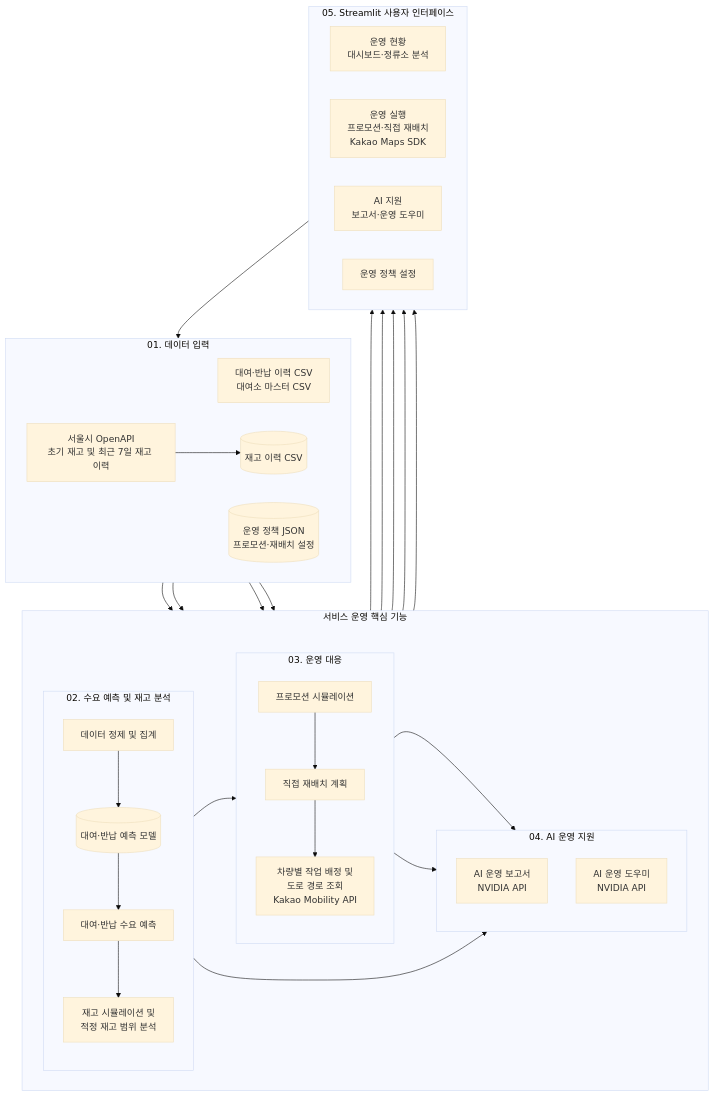
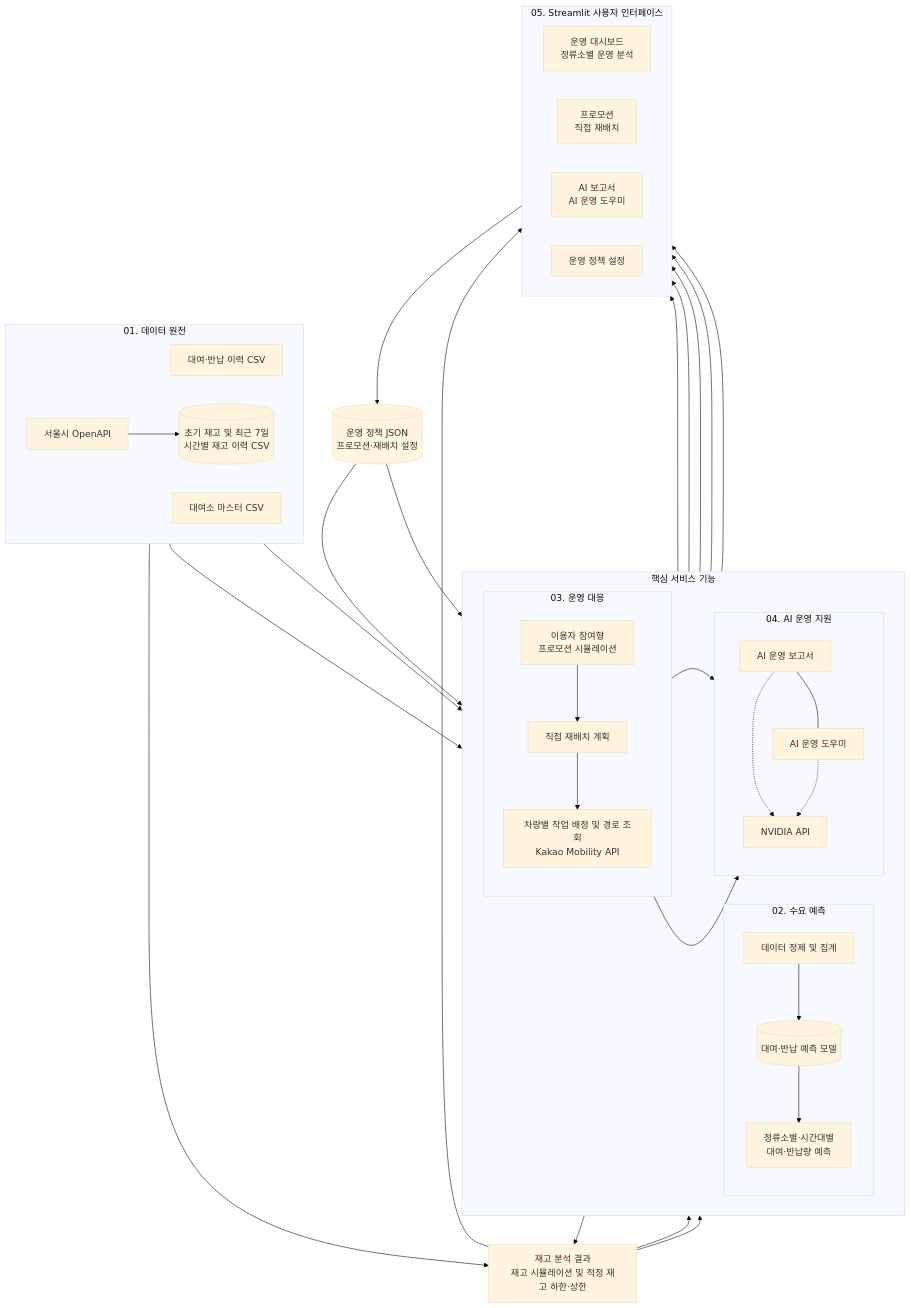
Before and after one commit to DDylan05/GoruFleet: the second of 2 diagrams in readme.md, drawn with Mermaid (base theme).

````diff
--- a/readme.md
+++ b/readme.md
@@ -192,71 +192,78 @@
 ```mermaid
 flowchart TB
 
-    subgraph DATA["01. 데이터 입력"]
+    subgraph DATA_ROW["01. 데이터 원천"]
         direction LR
-        D1["대여·반납 이력 CSV<br/>대여소 마스터 CSV"]
-        D2["서울시 OpenAPI<br/>초기 재고 및 최근 7일 재고 이력"]
-        D3[("재고 이력 CSV")]
-        D4[("운영 정책 JSON<br/>프로모션·재배치 설정")]
+        D1["대여·반납 이력 CSV"]
+        D2["대여소 마스터 CSV"]
+        D3["서울시 OpenAPI"]
+        D4[("초기 재고 및 최근 7일<br/>시간별 재고 이력 CSV")]
 
-        D2 --> D3
+        D3 --> D4
     end
 
-    subgraph CORE["서비스 운영 핵심 기능"]
+    subgraph CORE_ROW["핵심 서비스 기능"]
         direction LR
 
-        subgraph ANALYSIS["02. 수요 예측 및 재고 분석"]
+        subgraph FORECAST["02. 수요 예측"]
             direction TB
             A1["데이터 정제 및 집계"]
             A2[("대여·반납 예측 모델")]
-            A3["대여·반납 수요 예측"]
-            A4["재고 시뮬레이션 및<br/>적정 재고 범위 분석"]
+            A3["정류소별·시간대별<br/>대여·반납량 예측"]
 
-            A1 --> A2 --> A3 --> A4
+            A1 --> A2 --> A3
         end
 
         subgraph OPERATIONS["03. 운영 대응"]
             direction TB
-            O1["프로모션 시뮬레이션"]
+            O1["이용자 참여형<br/>프로모션 시뮬레이션"]
             O2["직접 재배치 계획"]
-            O3["차량별 작업 배정 및<br/>도로 경로 조회<br/>Kakao Mobility API"]
+            O3["차량별 작업 배정 및 경로 조회<br/>Kakao Mobility API"]
 
             O1 --> O2 --> O3
         end
 
         subgraph AI["04. AI 운영 지원"]
             direction TB
-            AI1["AI 운영 보고서<br/>NVIDIA API"]
-            AI2["AI 운영 도우미<br/>NVIDIA API"]
+            AI1["AI 운영 보고서"]
+            AI2["AI 운영 도우미"]
+            AI1 --- AI2
+            AI1 -.-> NVIDIA["NVIDIA API"]
+            AI2 -.-> NVIDIA
         end
     end
 
-    subgraph APP["05. Streamlit 사용자 인터페이스"]
+    STOCK["재고 분석 결과<br/>재고 시뮬레이션 및 적정 재고 하한·상한"]
+
+    CONFIG[("운영 정책 JSON<br/>프로모션·재배치 설정")]
+
+    subgraph APP_ROW["05. Streamlit 사용자 인터페이스"]
         direction LR
-        U1["운영 현황<br/>대시보드·정류소 분석"]
-        U2["운영 실행<br/>프로모션·직접 재배치<br/>Kakao Maps SDK"]
-        U3["AI 지원<br/>보고서·운영 도우미"]
+        U1["운영 대시보드<br/>정류소별 운영 분석"]
+        U2["프로모션<br/>직접 재배치"]
+        U3["AI 보고서<br/>AI 운영 도우미"]
         U4["운영 정책 설정"]
     end
 
     D1 --> A1
-    D3 --> A4
+    D2 --> A1
+    A3 --> STOCK
+    D4 --> STOCK
 
-    A4 --> O1
-    D4 --> O1
-    D4 --> O2
+    STOCK --> O1
+    CONFIG --> O1
+    CONFIG --> O2
 
-    A4 --> AI1
+    STOCK --> AI1
     O1 --> AI1
     O3 --> AI1
 
-    A4 --> U1
+    STOCK --> U1
+    A3 --> U1
     O1 --> U2
     O3 --> U2
-
     AI1 --> U3
     AI2 --> U3
 
-    U4 --> D4
-
+    U4 --> CONFIG
 ```
````
